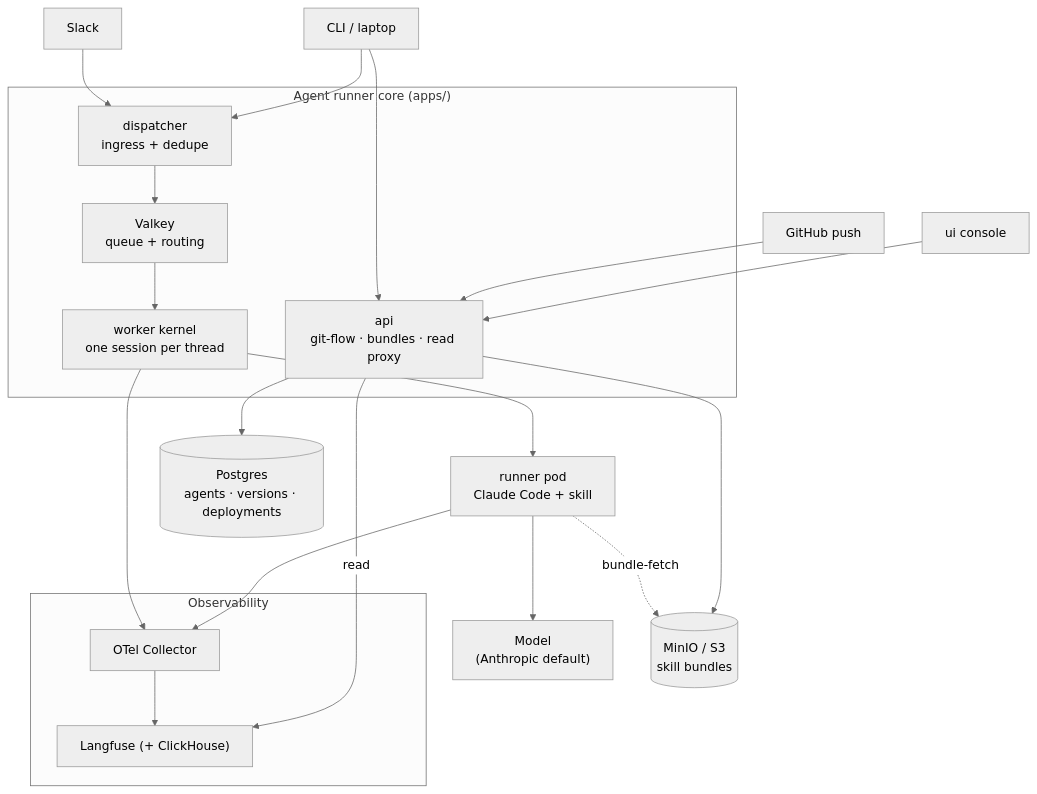
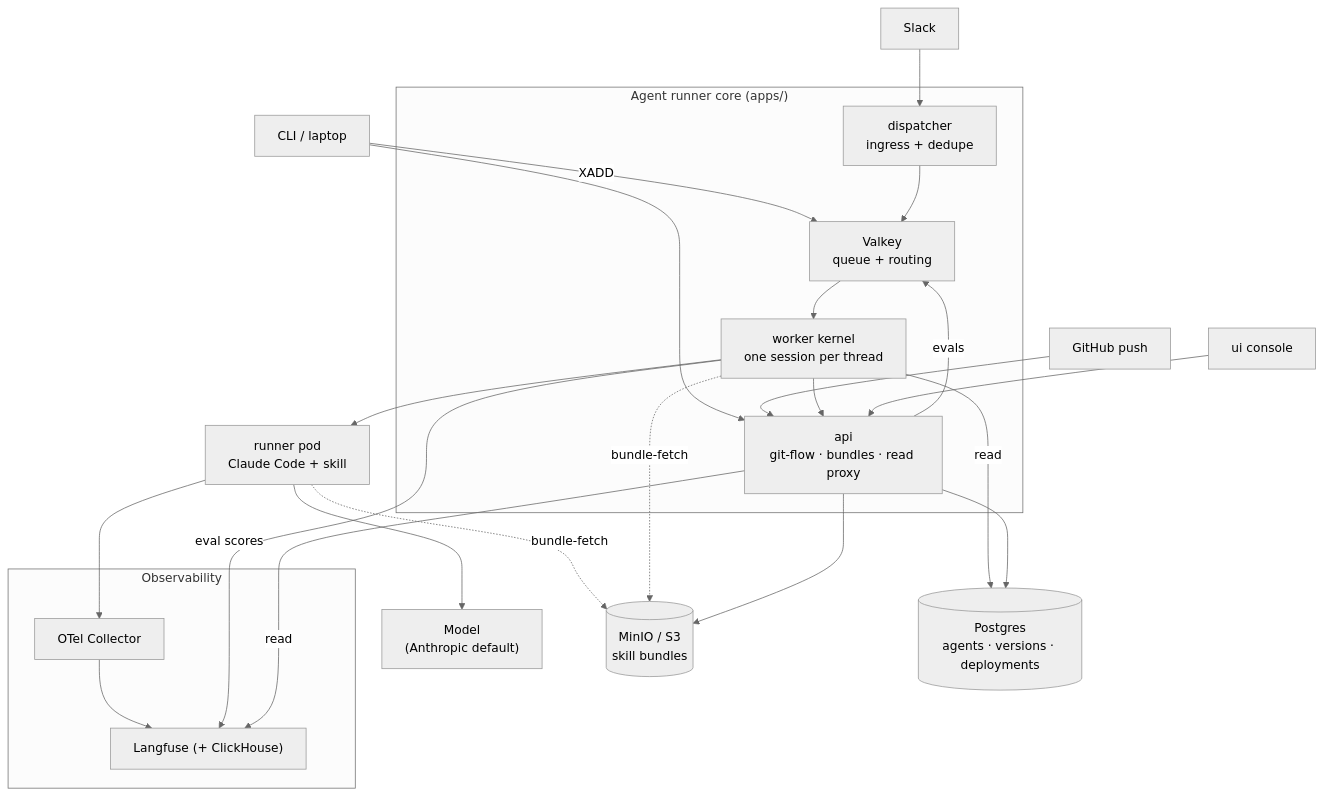
One commit to coinleftt/curie changed the first of 3 diagrams in ARCHITECTURE.md. Above: the diagram before and after it, drawn with Mermaid (neutral theme). The commit also changed other lines of this file and 50 other files, not shown here.

````diff
--- a/ARCHITECTURE.md
+++ b/ARCHITECTURE.md
@@ -43,39 +43,43 @@
 ```mermaid
 flowchart TB
     Slack["Slack"]
     CLI["CLI / laptop"]
     GH["GitHub push"]
 
     subgraph core["Agent runner core (apps/)"]
         Dispatcher["dispatcher<br/>ingress + dedupe"]
         Queue["Valkey<br/>queue + routing"]
         Worker["worker kernel<br/>one session per thread"]
         API["api<br/>git-flow · bundles · read proxy"]
     end
 
     Sandbox["runner pod<br/>Claude Code + skill"]
     Anthropic["Model<br/>(Anthropic default)"]
 
     UI["ui console"]
     Store[("MinIO / S3<br/>skill bundles")]
     PG[("Postgres<br/>agents · versions · deployments")]
 
     subgraph obs["Observability"]
         OTel["OTel Collector"]
         LF["Langfuse (+ ClickHouse)"]
         OTel --> LF
     end
 
     Slack --> Dispatcher
-    CLI --> Dispatcher
+    CLI -- XADD --> Queue
     CLI --> API
     GH --> API
     Dispatcher --> Queue --> Worker --> Sandbox --> Anthropic
+    API -- evals --> Queue
     Sandbox -. bundle-fetch .-> Store
+    Worker -. bundle-fetch .-> Store
+    Worker --> API
+    Worker -- read --> PG
     API --> Store
     API --> PG
     UI --> API
-    Worker --> OTel
     Sandbox --> OTel
+    Worker -- eval scores --> LF
     API -- read --> LF
 ```
````
